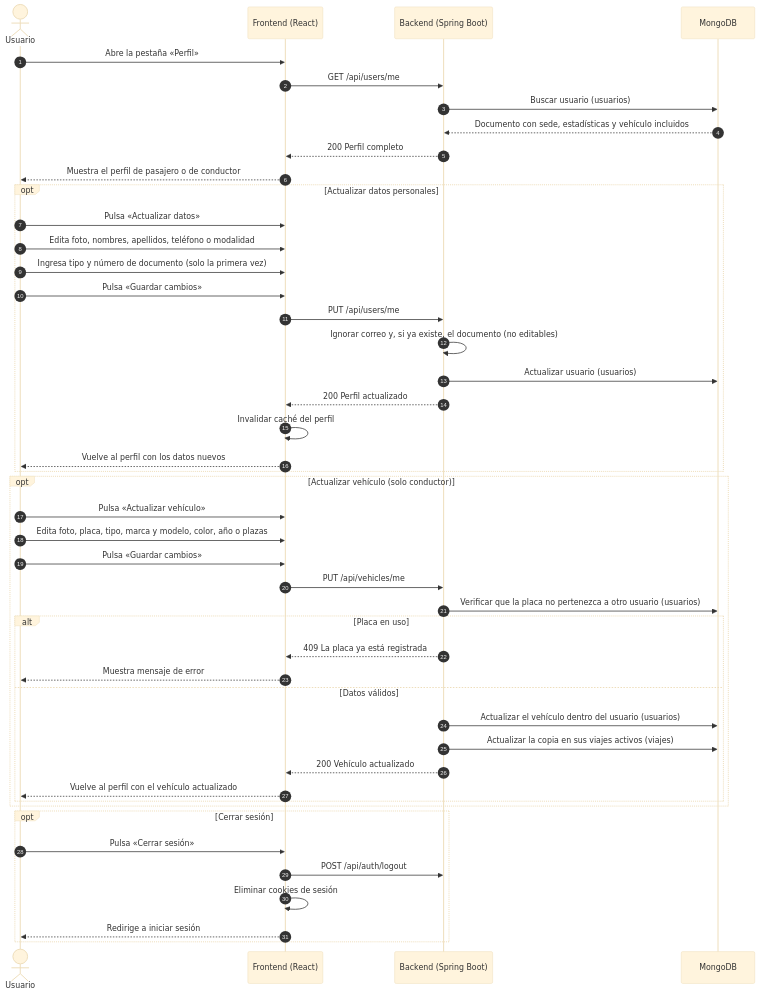
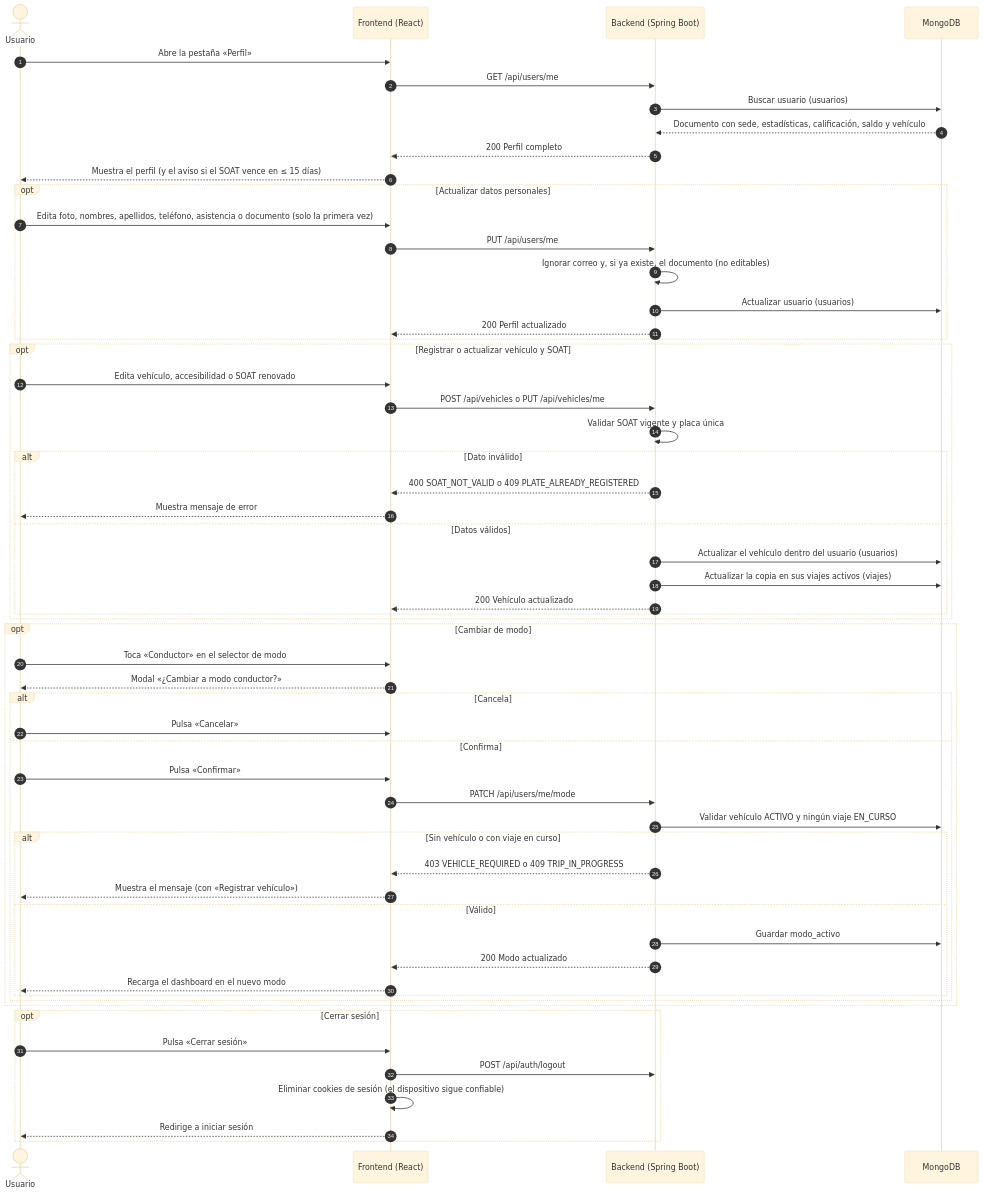
One commit to manuelguarniz/mono-movilidad-colaborativa changed diagram 12 of 13 in README.md. Above: the diagram before and after it, drawn with Mermaid (base theme). The commit also changed other lines of this file and 54 other files, not shown here.

````diff
--- a/README.md
+++ b/README.md
@@ -713,52 +1248,64 @@
 ```mermaid
 sequenceDiagram
     autonumber
     actor U as Usuario
     participant FE as Frontend (React)
     participant API as Backend (Spring Boot)
     participant DB as MongoDB
 
     U->>FE: Abre la pestaña «Perfil»
     FE->>API: GET /api/users/me
     API->>DB: Buscar usuario (usuarios)
-    DB-->>API: Documento con sede, estadísticas y vehículo incluidos
+    DB-->>API: Documento con sede, estadísticas, calificación, saldo y vehículo
     API-->>FE: 200 Perfil completo
-    FE-->>U: Muestra el perfil de pasajero o de conductor
+    FE-->>U: Muestra el perfil (y el aviso si el SOAT vence en ≤ 15 días)
 
     opt Actualizar datos personales
-        U->>FE: Pulsa «Actualizar datos»
-        U->>FE: Edita foto, nombres, apellidos, teléfono o modalidad
-        U->>FE: Ingresa tipo y número de documento (solo la primera vez)
-        U->>FE: Pulsa «Guardar cambios»
+        U->>FE: Edita foto, nombres, apellidos, teléfono, asistencia o documento (solo la primera vez)
         FE->>API: PUT /api/users/me
         API->>API: Ignorar correo y, si ya existe, el documento (no editables)
         API->>DB: Actualizar usuario (usuarios)
         API-->>FE: 200 Perfil actualizado
-        FE->>FE: Invalidar caché del perfil
-        FE-->>U: Vuelve al perfil con los datos nuevos
     end
 
-    opt Actualizar vehículo (solo conductor)
-        U->>FE: Pulsa «Actualizar vehículo»
-        U->>FE: Edita foto, placa, tipo, marca y modelo, color, año o plazas
-        U->>FE: Pulsa «Guardar cambios»
-        FE->>API: PUT /api/vehicles/me
-        API->>DB: Verificar que la placa no pertenezca a otro usuario (usuarios)
-        alt Placa en uso
-            API-->>FE: 409 La placa ya está registrada
+    opt Registrar o actualizar vehículo y SOAT
+        U->>FE: Edita vehículo, accesibilidad o SOAT renovado
+        FE->>API: POST /api/vehicles o PUT /api/vehicles/me
+        API->>API: Validar SOAT vigente y placa única
+        alt Dato inválido
+            API-->>FE: 400 SOAT_NOT_VALID o 409 PLATE_ALREADY_REGISTERED
             FE-->>U: Muestra mensaje de error
         else Datos válidos
             API->>DB: Actualizar el vehículo dentro del usuario (usuarios)
             API->>DB: Actualizar la copia en sus viajes activos (viajes)
             API-->>FE: 200 Vehículo actualizado
-            FE-->>U: Vuelve al perfil con el vehículo actualizado
+        end
+    end
+
+    opt Cambiar de modo
+        U->>FE: Toca «Conductor» en el selector de modo
+        FE-->>U: Modal «¿Cambiar a modo conductor?»
+        alt Cancela
+            U->>FE: Pulsa «Cancelar»
+        else Confirma
+            U->>FE: Pulsa «Confirmar»
+            FE->>API: PATCH /api/users/me/mode
+            API->>DB: Validar vehículo ACTIVO y ningún viaje EN_CURSO
+            alt Sin vehículo o con viaje en curso
+                API-->>FE: 403 VEHICLE_REQUIRED o 409 TRIP_IN_PROGRESS
+                FE-->>U: Muestra el mensaje (con «Registrar vehículo»)
+            else Válido
+                API->>DB: Guardar modo_activo
+                API-->>FE: 200 Modo actualizado
+                FE-->>U: Recarga el dashboard en el nuevo modo
+            end
         end
     end
 
     opt Cerrar sesión
         U->>FE: Pulsa «Cerrar sesión»
         FE->>API: POST /api/auth/logout
-        FE->>FE: Eliminar cookies de sesión
+        FE->>FE: Eliminar cookies de sesión (el dispositivo sigue confiable)
         FE-->>U: Redirige a iniciar sesión
     end
 ```
````
